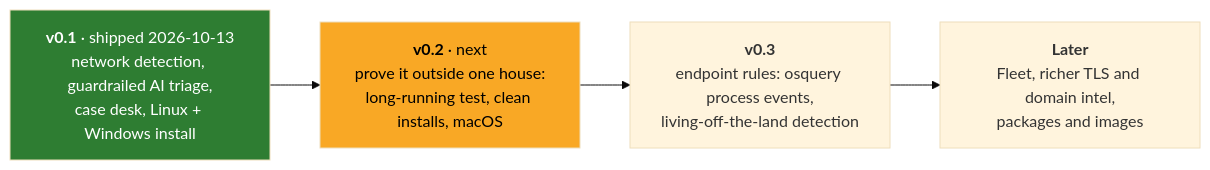
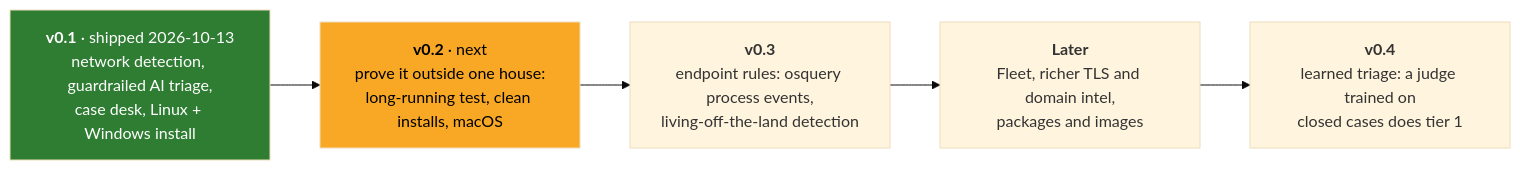
The diagram in docs/ROADMAP.md (barnabys-drew/tapwatch), drawn with Mermaid (base theme) before and after one commit. The commit also changed other lines of this file, not shown here.

First line of the commit message:
Roadmap: v0.4 learned triage as the end goal

````diff
--- a/docs/ROADMAP.md
+++ b/docs/ROADMAP.md
@@ -6,10 +6,11 @@
 ```mermaid
 flowchart LR
     A["<b>v0.1</b> · shipped 2026-10-13<br/>network detection, guardrailed AI triage,<br/>case desk, Linux + Windows install"]
     B["<b>v0.2</b> · next<br/>prove it outside one house:<br/>long-running test, clean installs, macOS"]
     C["<b>v0.3</b><br/>endpoint rules: osquery process events,<br/>living-off-the-land detection"]
     D["<b>Later</b><br/>Fleet, richer TLS and domain intel,<br/>packages and images"]
-    A --> B --> C --> D
+    E["<b>v0.4</b><br/>learned triage: a judge trained on<br/>closed cases does tier 1"]
+    A --> B --> C --> D --> E
     style A fill:#2e7d32,color:#fff
     style B fill:#f9a825,color:#000
 ```
````
